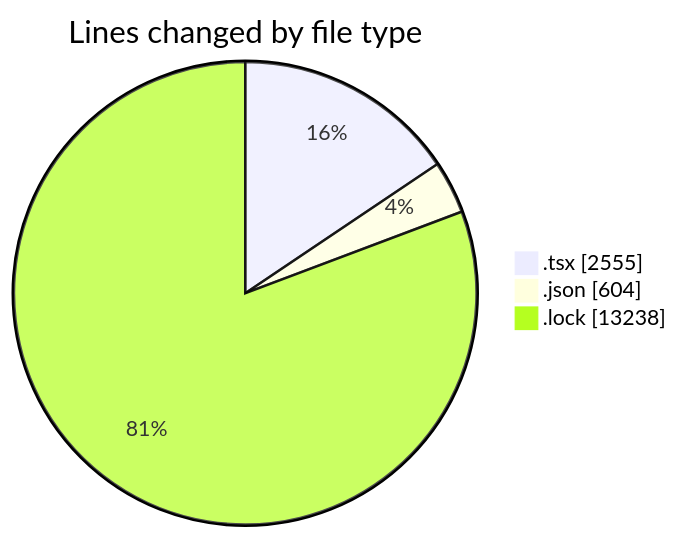
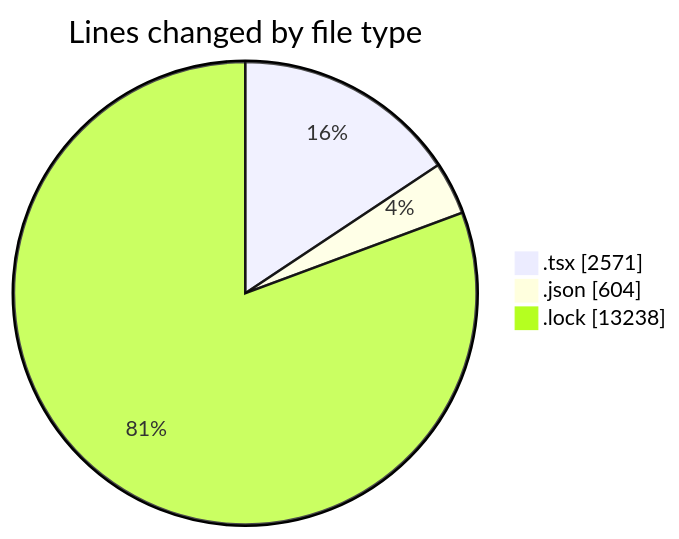
Before and after one commit to momahboobian/code-tracking: the first of 2 diagrams in 2026-01-09/cda/README.md, drawn with Mermaid. The commit also changed other lines of this file and 1 other file, not shown here.

````diff
--- a/2026-01-09/cda/README.md
+++ b/2026-01-09/cda/README.md
@@ -26,7 +26,7 @@
 ```mermaid
 pie showData
 title Lines changed by file type
-".tsx" : 2555
+".tsx" : 2571
 ".json" : 604
 ".lock" : 13238
 ```
````
